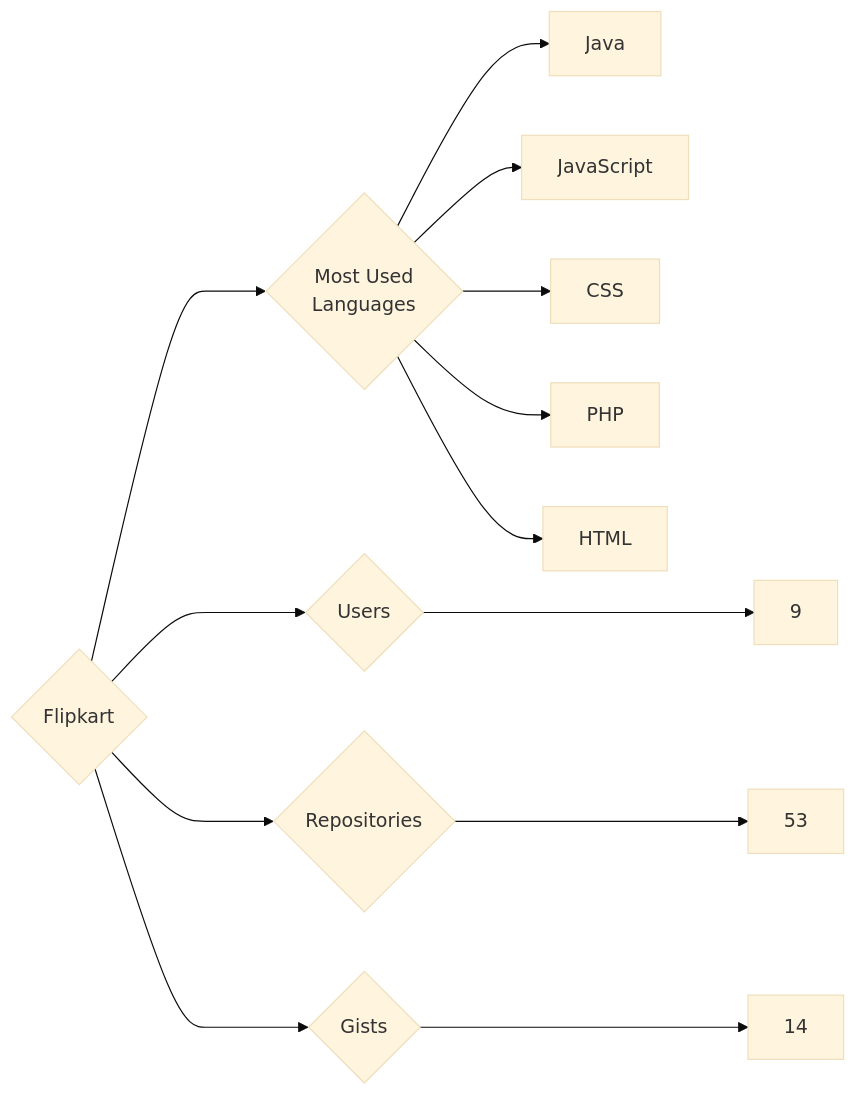
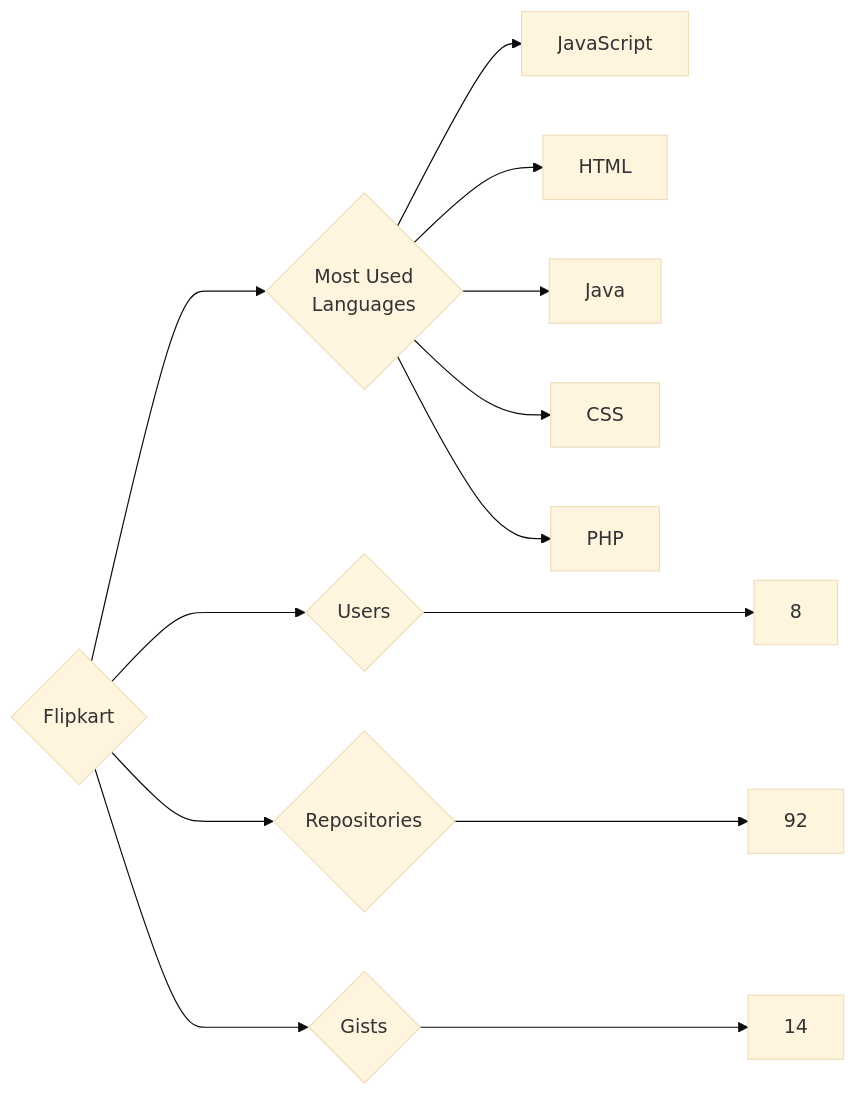
Before and after one commit to trickest/insiders: the diagram in targets/Flipkart/README.md, drawn with Mermaid (base theme). The commit also changed 1007 other files, not shown here.

````diff
--- a/targets/Flipkart/README.md
+++ b/targets/Flipkart/README.md
@@ -3,13 +3,13 @@
 ```mermaid
 graph LR
 COMPANY_NAME{Flipkart}
-COMPANY_NAME ---> U{Users} ---> UN[9]
-COMPANY_NAME ---> R{Repositories} ---> RN[53]
+COMPANY_NAME ---> U{Users} ---> UN[8]
+COMPANY_NAME ---> R{Repositories} ---> RN[92]
 COMPANY_NAME ---> G{Gists} ---> GN[14]
 COMPANY_NAME ---> ML{Most Used<br>Languages}
+ML --> JavaScript[JavaScript]
+ML --> HTML[HTML]
 ML --> Java[Java]
-ML --> JavaScript[JavaScript]
 ML --> CSS[CSS]
 ML --> PHP[PHP]
-ML --> HTML[HTML]
 ```
````
